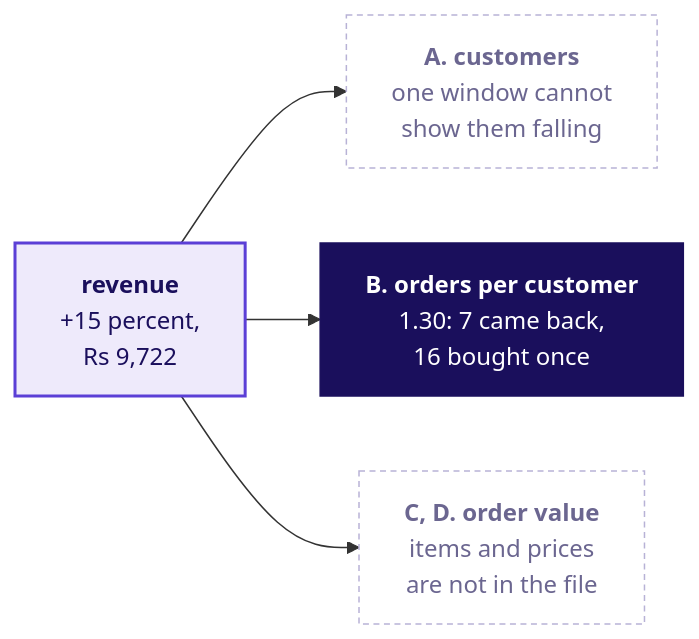
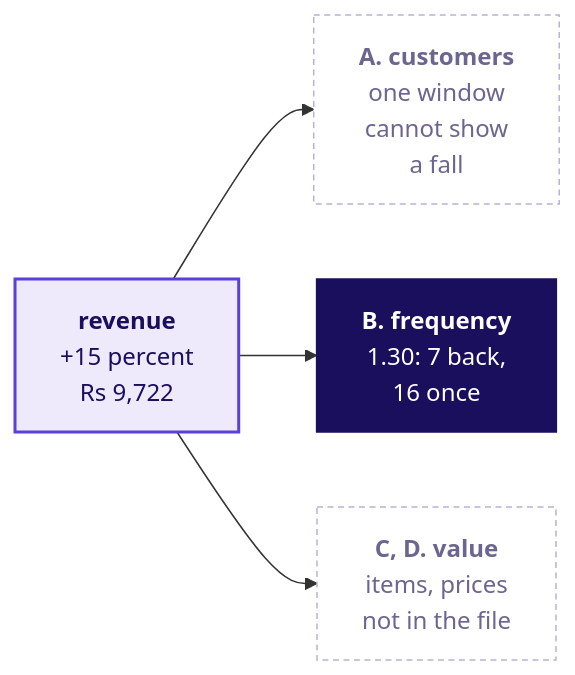
One commit to fde-academy-lab/c2-content-factory changed the fifth of 20 diagrams in content/W01/D1/slides/C2_W01_D01_half2_STUDENT.md. Above: the diagram before and after it, drawn with Mermaid. The commit also changed other lines of this file and 32 other files, not shown here.

````diff
--- a/content/W01/D1/slides/C2_W01_D01_half2_STUDENT.md
+++ b/content/W01/D1/slides/C2_W01_D01_half2_STUDENT.md
@@ -237,12 +244,12 @@
 ```mermaid
 flowchart LR
-    R["<b>revenue</b><br/>+15 percent,<br/>Rs 9,722"] --> C["<b>A. customers</b><br/>one window cannot<br/>show them falling"]
-    R --> F["<b>B. orders per customer</b><br/>1.30: 7 came back,<br/>16 bought once"]
-    R --> V["<b>C, D. order value</b><br/>items and prices<br/>are not in the file"]
+    R["<b>revenue</b><br/>+15 percent<br/>Rs 9,722"] --> C["<b>A. customers</b><br/>one window<br/>cannot show<br/>a fall"]
+    R --> F["<b>B. frequency</b><br/>1.30: 7 back,<br/>16 once"]
+    R --> V["<b>C, D. value</b><br/>items, prices<br/>not in the file"]
     classDef known fill:#EEEAFB,stroke:#5B3FD6,color:#1A0F5C,stroke-width:2px
     classDef unknown fill:#FFFFFF,stroke:#B8B2D6,color:#6B6690,stroke-dasharray:4 3
     classDef bet fill:#1A0F5C,stroke:#1A0F5C,color:#FFFFFF
     class R known
     class C,V unknown
     class F bet
 ```
````
